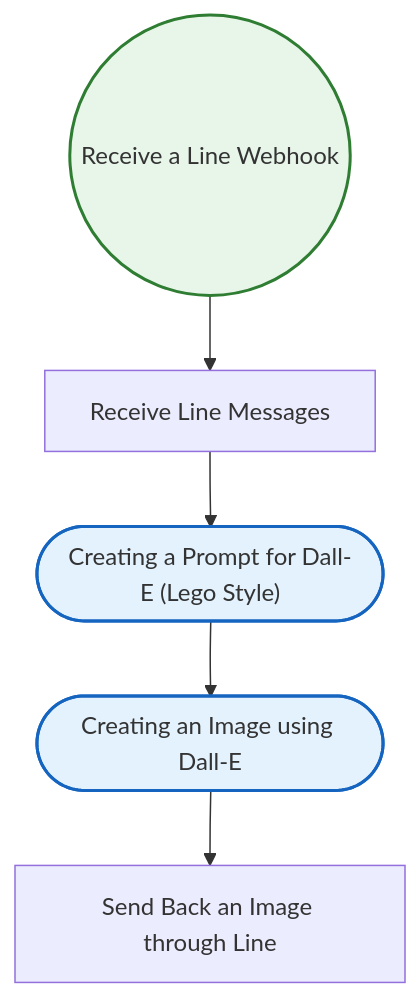
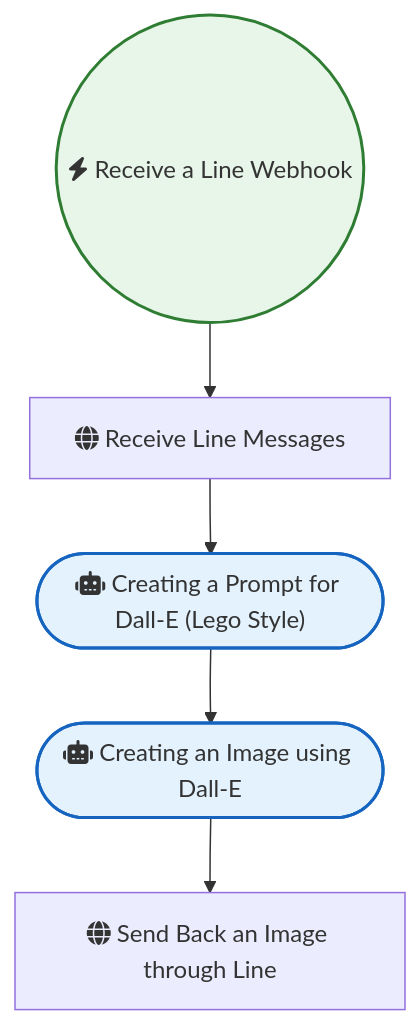
One commit to sreyash3105/N8N-DEMO-AUTOMATIONS changed the diagram in OpenAI_and_LLMs/Transform Image to Lego Style Using Line and Dall-E.md. Above: the diagram before and after it, drawn with Mermaid. The commit also changed 291 other files, not shown here.

````diff
--- a/OpenAI_and_LLMs/Transform Image to Lego Style Using Line and Dall-E.md
+++ b/OpenAI_and_LLMs/Transform Image to Lego Style Using Line and Dall-E.md
@@ -1,17 +1,17 @@
 ```mermaid
 graph TD
     classDef trigger fill:#e8f5e9,stroke:#2e7d32,stroke-width:2px;
     classDef ai fill:#e3f2fd,stroke:#1565c0,stroke-width:2px;
     classDef logic fill:#fff3e0,stroke:#ef6c00,stroke-width:2px;
 
-    Receive_a_Line_Webhook(("Receive a Line Webhook")):::trigger
-    Receive_Line_Messages["Receive Line Messages"]
-    Creating_an_Image_using_Dall_E(["Creating an Image using Dall-E"]):::ai
-    Creating_a_Prompt_for_Dall_E__Lego_Style_(["Creating a Prompt for Dall-E (Lego Style)"]):::ai
-    Send_Back_an_Image_through_Line["Send Back an Image through Line"]
+    Receive_a_Line_Webhook(("fas:fa-bolt Receive a Line Webhook")):::trigger
+    Receive_Line_Messages["fas:fa-globe Receive Line Messages"]
+    Creating_an_Image_using_Dall_E(["fas:fa-robot Creating an Image using Dall-E"]):::ai
+    Creating_a_Prompt_for_Dall_E__Lego_Style_(["fas:fa-robot Creating a Prompt for Dall-E (Lego Style)"]):::ai
+    Send_Back_an_Image_through_Line["fas:fa-globe Send Back an Image through Line"]
 
     Receive_Line_Messages --> Creating_a_Prompt_for_Dall_E__Lego_Style_
     Receive_a_Line_Webhook --> Receive_Line_Messages
     Creating_an_Image_using_Dall_E --> Send_Back_an_Image_through_Line
     Creating_a_Prompt_for_Dall_E__Lego_Style_ --> Creating_an_Image_using_Dall_E
 ```
````
